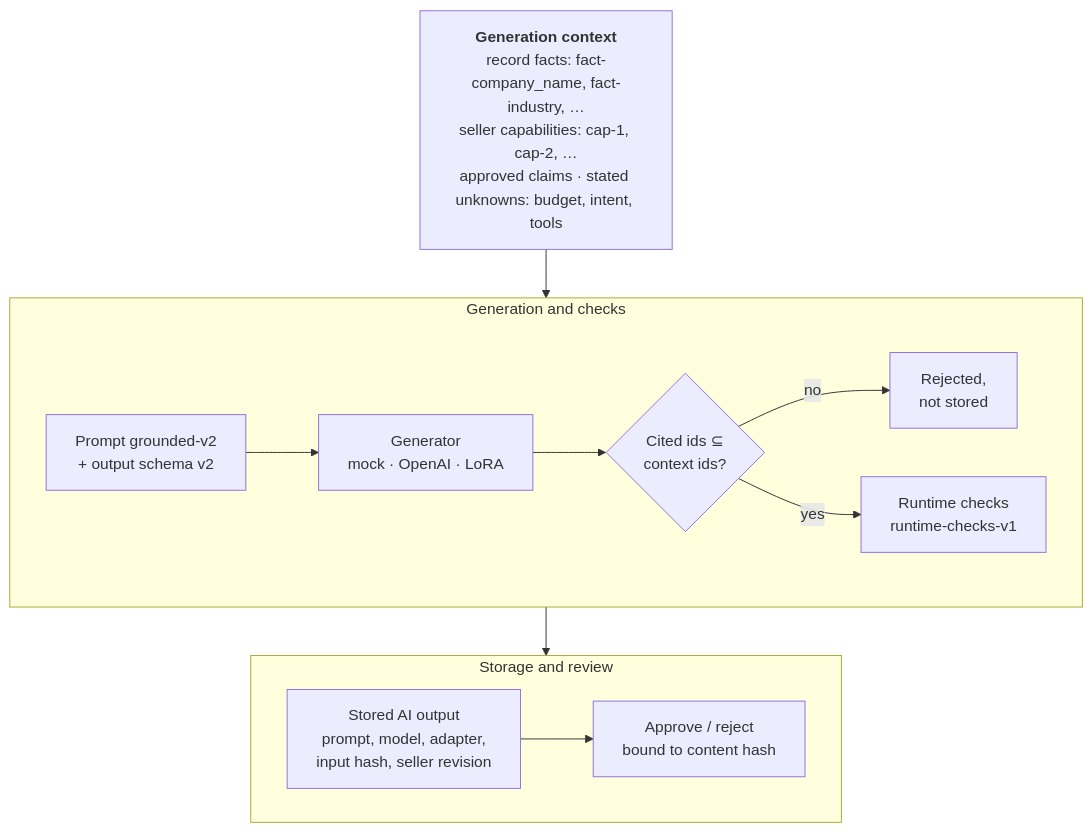
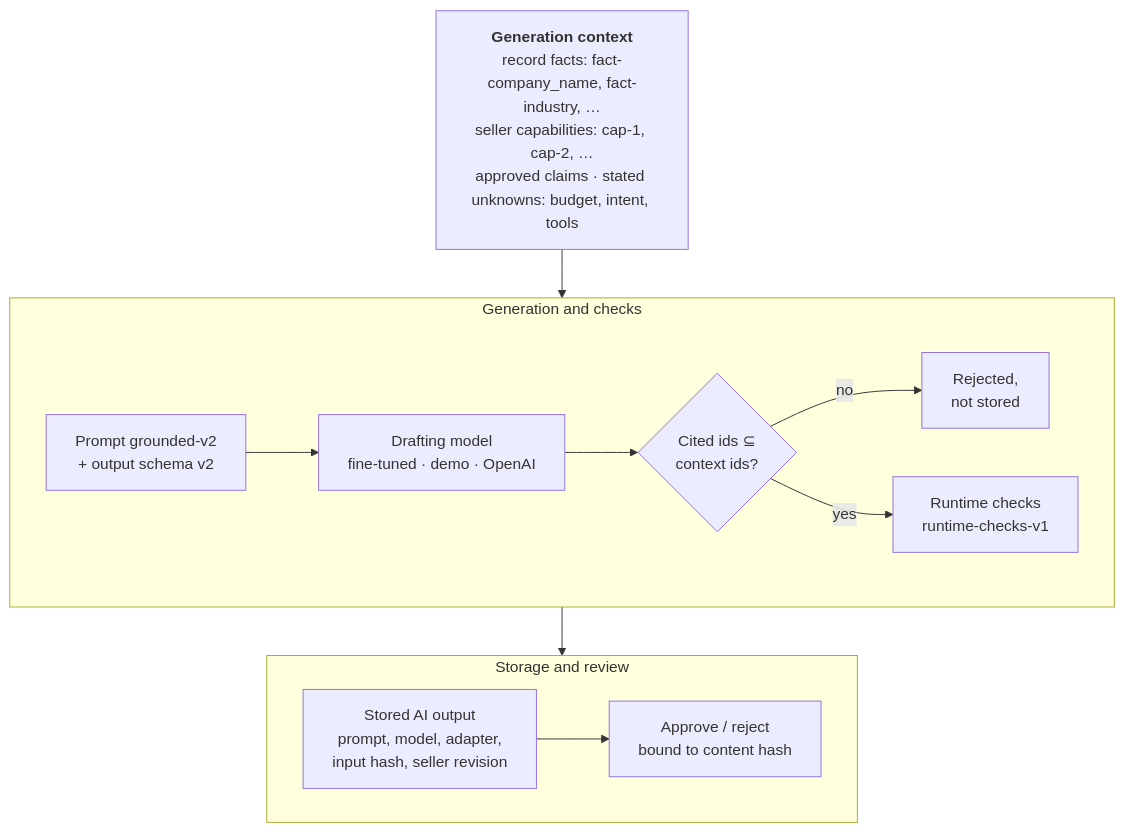
One commit to AhmedKamal-41/gtmflow-ai changed the third of 5 diagrams in README.md. Above: the diagram before and after it, drawn with Mermaid. The commit also changed other lines of this file, not shown here.

Commit message:
README: bring every section up to date with the rep redesign and the fine-tuned drafting model

````diff
--- a/README.md
+++ b/README.md
@@ -229,20 +235,20 @@
 ```mermaid
 flowchart TB
     Context["<b>Generation context</b><br/>record facts: fact-company_name, fact-industry, …<br/>seller capabilities: cap-1, cap-2, …<br/>approved claims · stated unknowns: budget, intent, tools"]
 
     subgraph Pipeline["Generation and checks"]
         direction LR
-        P["Prompt grounded-v2<br/>+ output schema v2"] --> M["Generator<br/>mock · OpenAI · LoRA"]
+        P["Prompt grounded-v2<br/>+ output schema v2"] --> M["Drafting model<br/>fine-tuned · demo · OpenAI"]
         M --> V{"Cited ids ⊆<br/>context ids?"}
         V -->|no| X["Rejected,<br/>not stored"]
         V -->|yes| Q["Runtime checks<br/>runtime-checks-v1"]
     end
 
     subgraph Review["Storage and review"]
         direction LR
         S["Stored AI output<br/>prompt, model, adapter,<br/>input hash, seller revision"] --> R["Approve / reject<br/>bound to content hash"]
     end
 
     Context --> Pipeline
     Pipeline --> Review
 ```
````
